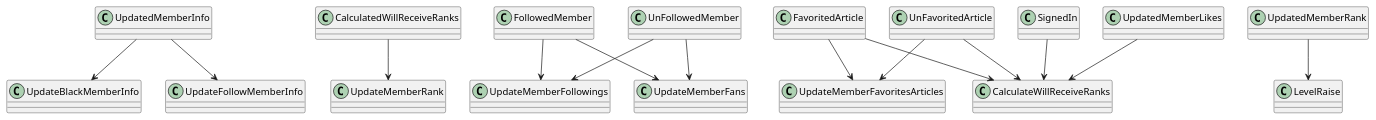
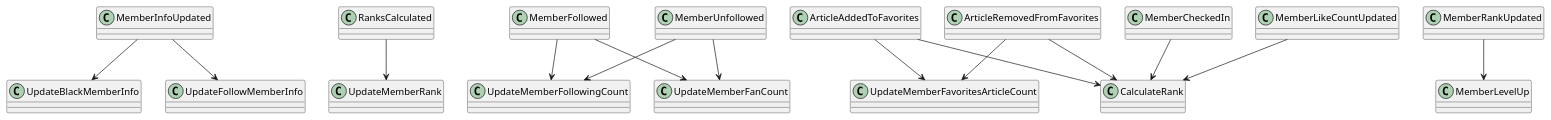
The diagram in design/domain/member/relationEC.puml (LDmoxeii/only4-KSP-cap4j), drawn with PlantUML before and after one commit. The commit also changed 81 other files, not shown here.

```diff
--- a/design/domain/member/relationEC.puml
+++ b/design/domain/member/relationEC.puml
@@ -1,16 +1,16 @@
 @startuml
-UpdatedMemberInfo           -down-> UpdateBlackMemberInfo
-UpdatedMemberInfo           -down-> UpdateFollowMemberInfo
-CalculatedWillReceiveRanks  -down-> UpdateMemberRank
-FollowedMember              -down-> UpdateMemberFollowings
-FollowedMember              -down-> UpdateMemberFans
-UnFollowedMember            -down-> UpdateMemberFollowings
-UnFollowedMember            -down-> UpdateMemberFans
-FavoritedArticle            -down-> UpdateMemberFavoritesArticles
-UnFavoritedArticle          -down-> UpdateMemberFavoritesArticles
-SignedIn                    -down-> CalculateWillReceiveRanks
-FavoritedArticle            -down-> CalculateWillReceiveRanks
-UnFavoritedArticle          -down-> CalculateWillReceiveRanks
-UpdatedMemberLikes          -down-> CalculateWillReceiveRanks
-UpdatedMemberRank           -down-> LevelRaise
+MemberInfoUpdated               -down-> UpdateBlackMemberInfo
+MemberInfoUpdated               -down-> UpdateFollowMemberInfo
+RanksCalculated                 -down-> UpdateMemberRank
+MemberFollowed                  -down-> UpdateMemberFollowingCount
+MemberFollowed                  -down-> UpdateMemberFanCount
+MemberUnfollowed                -down-> UpdateMemberFollowingCount
+MemberUnfollowed                -down-> UpdateMemberFanCount
+ArticleAddedToFavorites         -down-> UpdateMemberFavoritesArticleCount
+ArticleRemovedFromFavorites     -down-> UpdateMemberFavoritesArticleCount
+MemberCheckedIn                 -down-> CalculateRank
+ArticleAddedToFavorites         -down-> CalculateRank
+ArticleRemovedFromFavorites     -down-> CalculateRank
+MemberLikeCountUpdated          -down-> CalculateRank
+MemberRankUpdated               -down-> MemberLevelUp
 @enduml
```
